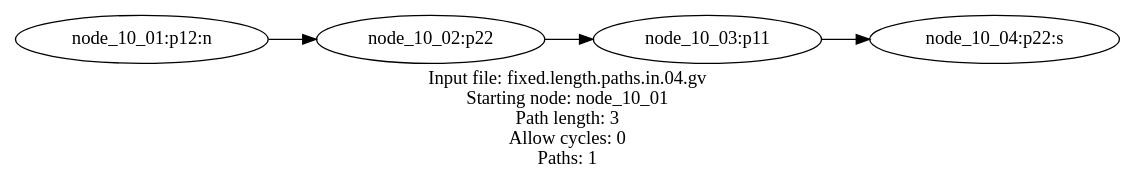
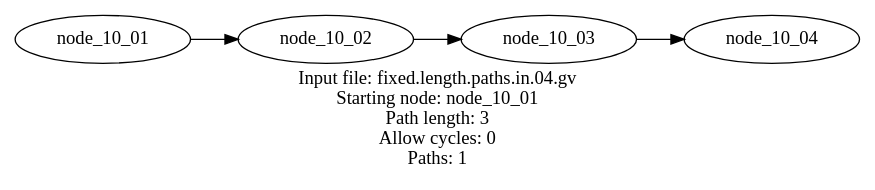
The diagram in out/fixed.length.paths.out.04.gv (graphviz-perl/GraphViz2-Marpa-PathUtils), drawn with Graphviz before and after one commit. The commit also changed 16 other files, not shown here.

```diff
--- a/out/fixed.length.paths.out.04.gv
+++ b/out/fixed.length.paths.out.04.gv
@@ -1,11 +1,11 @@
 digraph fixed_length_paths
 {
 	label = "Input file: fixed.length.paths.in.04.gv\nStarting node: node_10_01\nPath length: 3\nAllow cycles: 0\nPaths: 1" rankdir = LR
 
-	"1" [label = "node_10_01:p12:n"]
-	"2" [label = "node_10_02:p22"]
-	"3" [label = "node_10_03:p11"]
-	"4" [label = "node_10_04:p22:s"]
+	"1" [label = "node_10_01"]
+	"2" [label = "node_10_02"]
+	"3" [label = "node_10_03"]
+	"4" [label = "node_10_04"]
 
 	"1"  ->  "2"  ->  "3"  ->  "4"
 }
```
